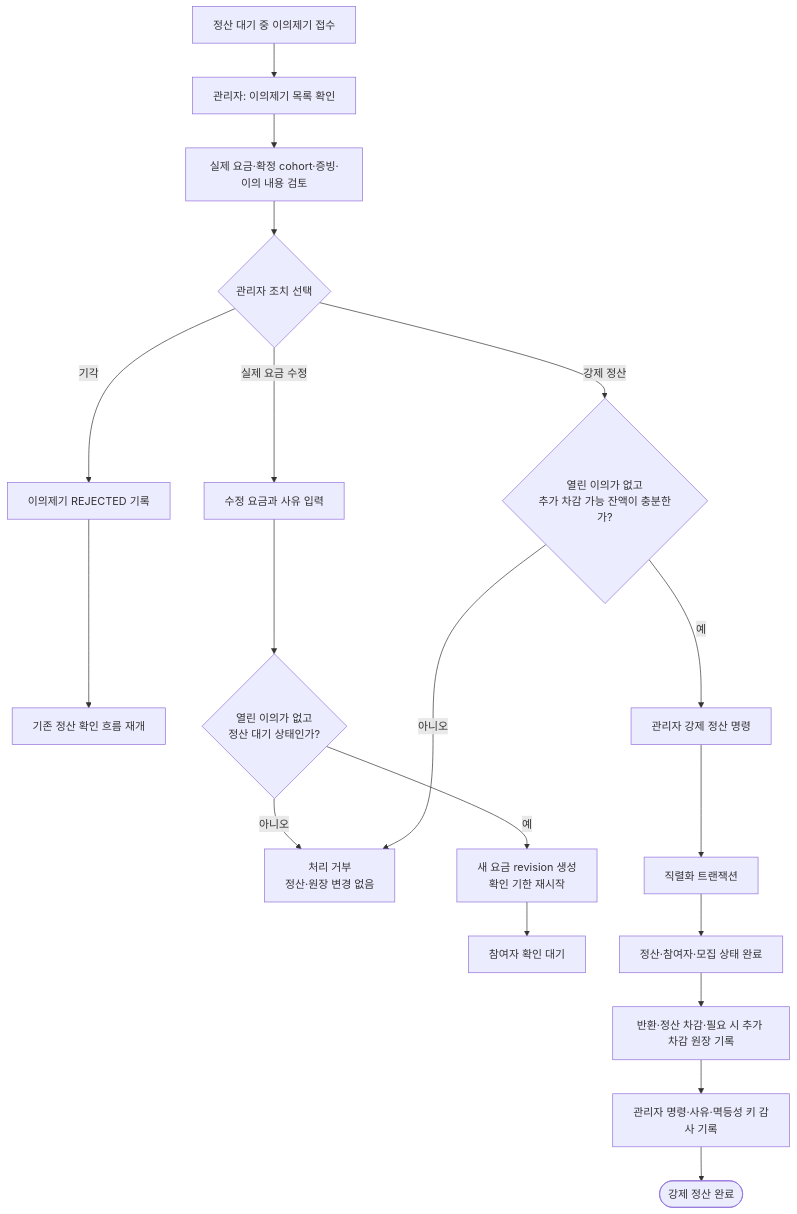
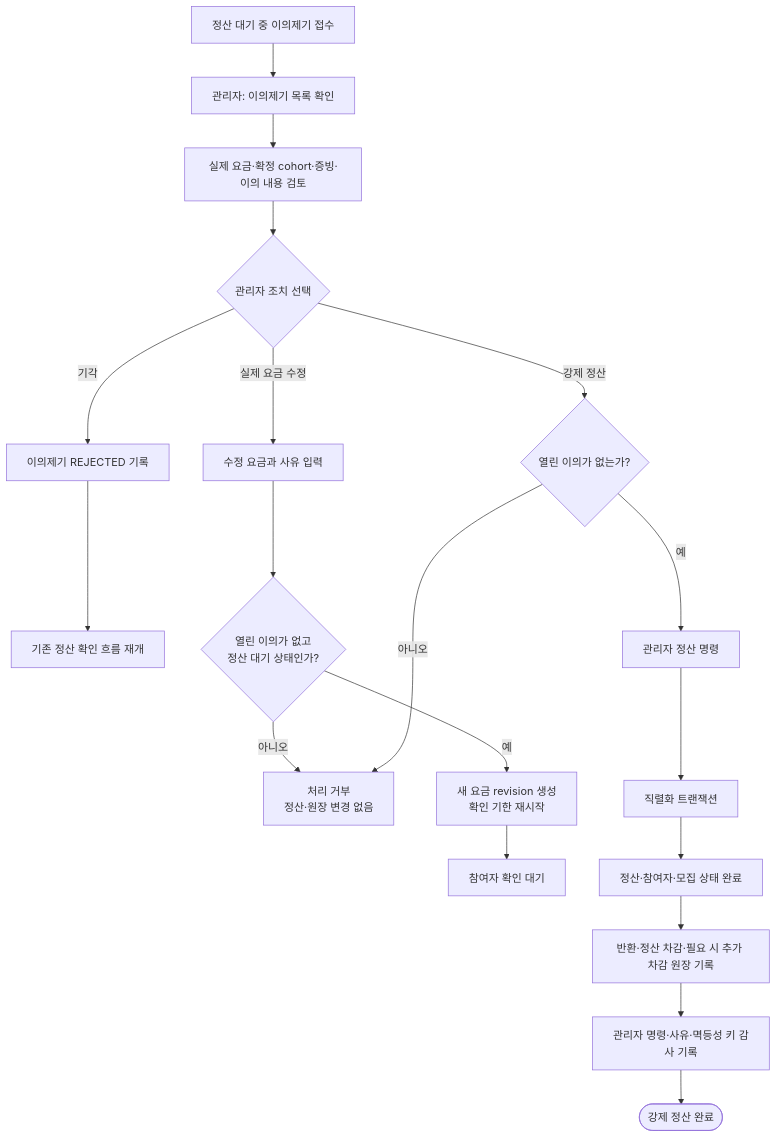
One commit to LEE-JAKE-123/taxi-ta-share changed the sixth of 6 diagrams in docs/user-journey.md. Above: the diagram before and after it, drawn with Mermaid. The commit also changed other lines of this file and 19 other files, not shown here.

````diff
--- a/docs/user-journey.md
+++ b/docs/user-journey.md
@@ -177,24 +193,24 @@
 ```mermaid
 flowchart TD
   dispute[정산 대기 중 이의제기 접수] --> inbox[관리자: 이의제기 목록 확인]
   inbox --> evidence[실제 요금·확정 cohort·증빙·이의 내용 검토]
   evidence --> choice{관리자 조치 선택}
 
   choice -- 기각 --> rejected[이의제기 REJECTED 기록]
   rejected --> resume[기존 정산 확인 흐름 재개]
 
   choice -- 실제 요금 수정 --> revise[수정 요금과 사유 입력]
   revise --> revisionCheck{열린 이의가 없고<br/>정산 대기 상태인가?}
   revisionCheck -- 아니오 --> blocked[처리 거부<br/>정산·원장 변경 없음]
   revisionCheck -- 예 --> resubmit[새 요금 revision 생성<br/>확인 기한 재시작]
   resubmit --> pending[참여자 확인 대기]
 
-  choice -- 강제 정산 --> forceCheck{열린 이의가 없고<br/>추가 차감 가능 잔액이 충분한가?}
+  choice -- 강제 정산 --> forceCheck{열린 이의가 없는가?}
   forceCheck -- 아니오 --> blocked
-  forceCheck -- 예 --> force[관리자 강제 정산 명령]
+  forceCheck -- 예 --> force[관리자 정산 명령]
   force --> atomic[직렬화 트랜잭션]
   atomic --> settlement[정산·참여자·모집 상태 완료]
   settlement --> entries[반환·정산 차감·필요 시 추가 차감 원장 기록]
   entries --> command[관리자 명령·사유·멱등성 키 감사 기록]
   command --> completed([강제 정산 완료])
 ```
````
